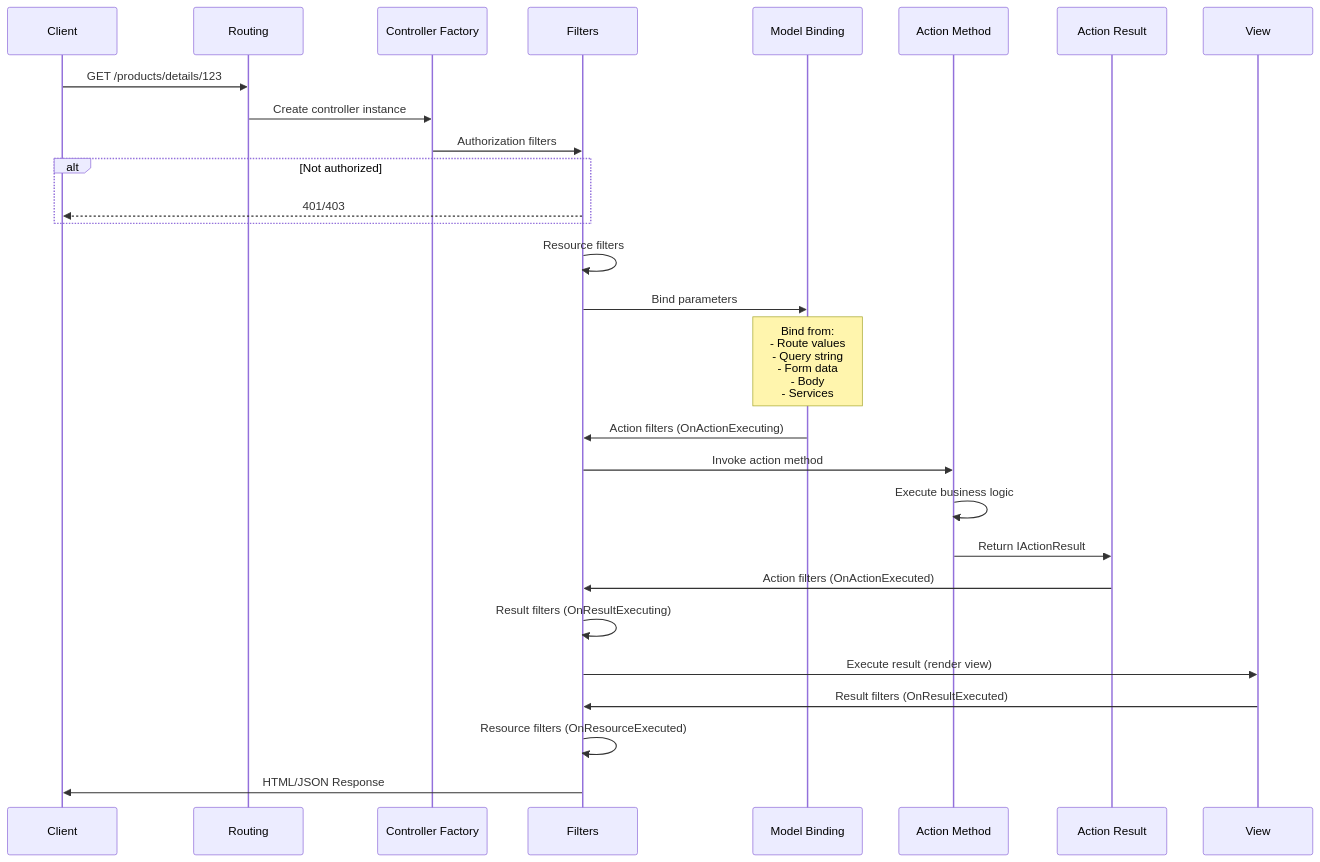
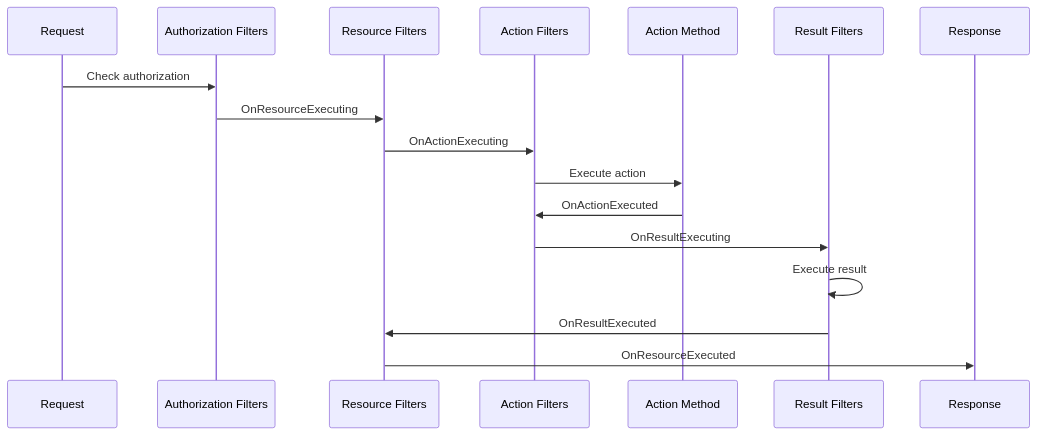
The diagram in docs/ASPNET-PIPELINE-PART5-APPLICATION-MODELS.md (scottgal/mostlylucid.eufysecurity), drawn with Mermaid before and after one commit. The commit also changed other lines of this file and 5 other files, not shown here.

````diff
--- a/docs/ASPNET-PIPELINE-PART5-APPLICATION-MODELS.md
+++ b/docs/ASPNET-PIPELINE-PART5-APPLICATION-MODELS.md
@@ -629,35 +362,20 @@
 ```mermaid
 sequenceDiagram
-    participant Client
-    participant Routing
-    participant Controller as Controller Factory
-    participant Filters
-    participant ModelBinding as Model Binding
-    participant Action as Action Method
-    participant Result as Action Result
-    participant View
+    participant Request
+    participant Auth as Authorization Filters
+    participant Resource as Resource Filters
+    participant Action as Action Filters
+    participant Method as Action Method
+    participant Result as Result Filters
+    participant Response
 
-    Client->>Routing: GET /products/details/123
-    Routing->>Controller: Create controller instance
-    Controller->>Filters: Authorization filters
-
-    alt Not authorized
-        Filters-->>Client: 401/403
-    end
-
-    Filters->>Filters: Resource filters
-    Filters->>ModelBinding: Bind parameters
-
-    Note over ModelBinding: Bind from:<br/>- Route values<br/>- Query string<br/>- Form data<br/>- Body<br/>- Services
-
-    ModelBinding->>Filters: Action filters (OnActionExecuting)
-    Filters->>Action: Invoke action method
-    Action->>Action: Execute business logic
-    Action->>Result: Return IActionResult
-    Result->>Filters: Action filters (OnActionExecuted)
-    Filters->>Filters: Result filters (OnResultExecuting)
-    Filters->>View: Execute result (render view)
-    View->>Filters: Result filters (OnResultExecuted)
-    Filters->>Filters: Resource filters (OnResourceExecuted)
-    Filters->>Client: HTML/JSON Response
+    Request->>Auth: Check authorization
+    Auth->>Resource: OnResourceExecuting
+    Resource->>Action: OnActionExecuting
+    Action->>Method: Execute action
+    Method->>Action: OnActionExecuted
+    Action->>Result: OnResultExecuting
+    Result->>Result: Execute result
+    Result->>Resource: OnResultExecuted
+    Resource->>Response: OnResourceExecuted
 ```
````
